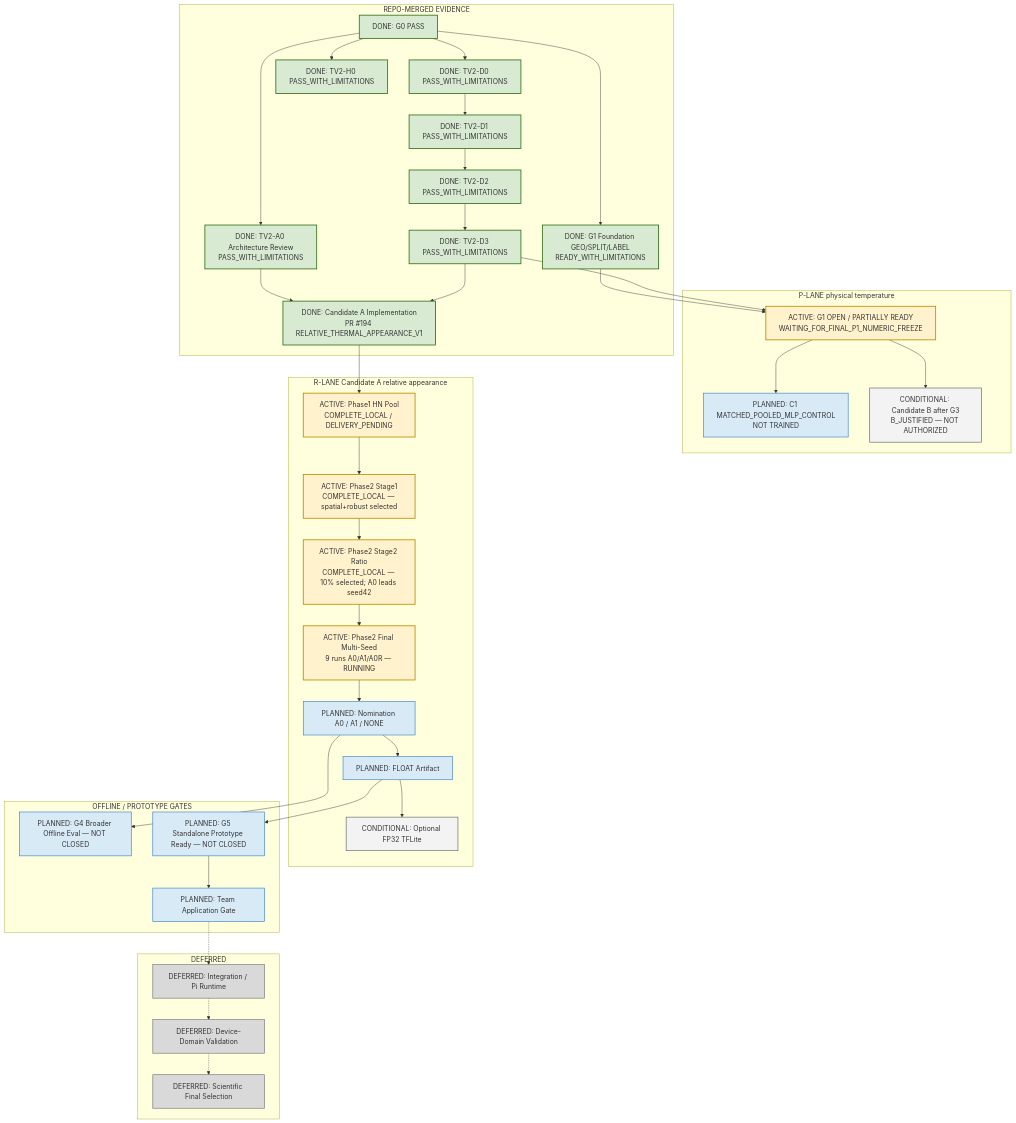
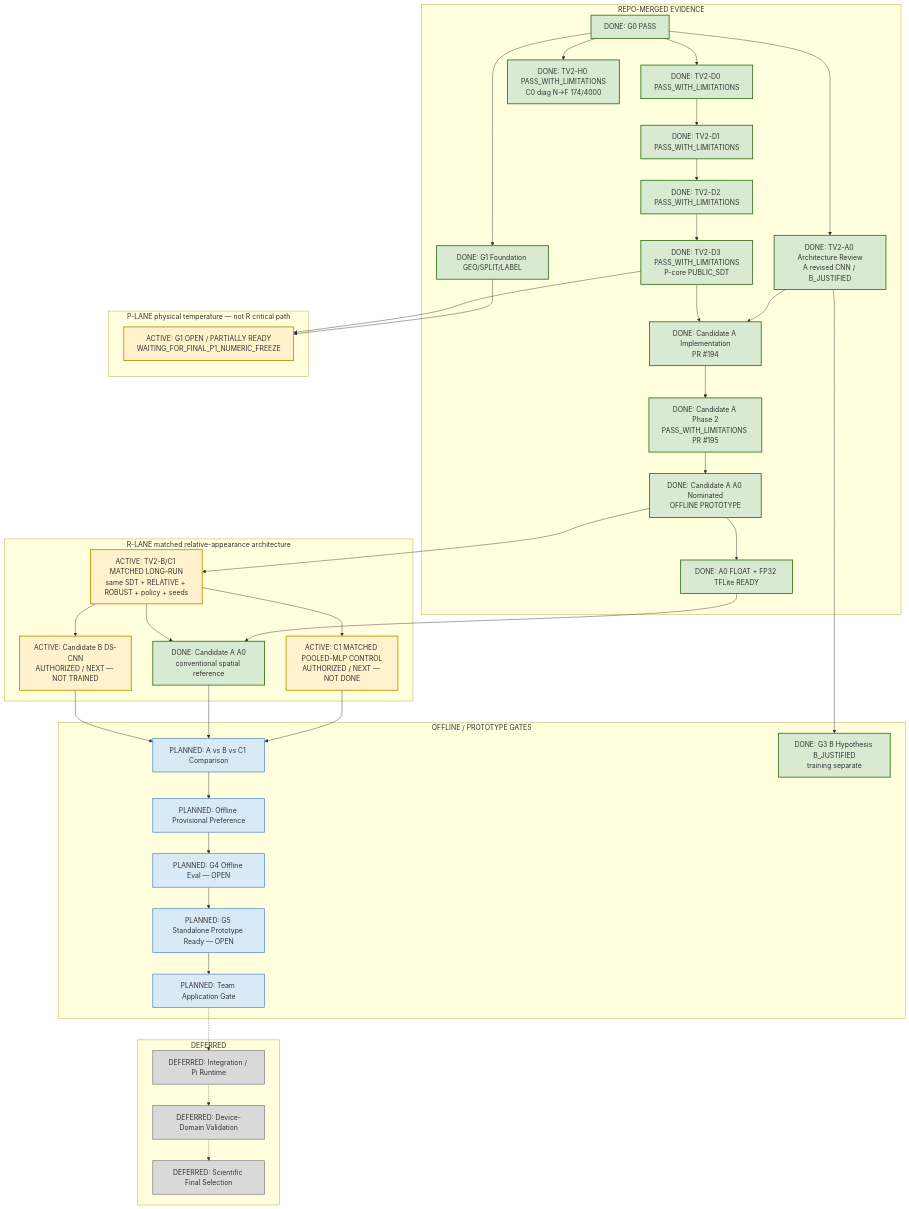
One commit to sheepmeat/test changed the diagram in docs/thermal/20260830_SafeNest_Thermal_V2_Master_Execution_Map_01.md. Above: the diagram before and after it, drawn with Mermaid. The commit also changed other lines of this file, not shown here.

Commit message:
docs(thermal): sync map after Candidate A Phase 2

````diff
--- a/docs/thermal/20260830_SafeNest_Thermal_V2_Master_Execution_Map_01.md
+++ b/docs/thermal/20260830_SafeNest_Thermal_V2_Master_Execution_Map_01.md
@@ -187,74 +173,79 @@
 ```mermaid
 flowchart TD
 
     subgraph MERGED["REPO-MERGED EVIDENCE"]
         G0["DONE: G0 PASS"]
         D0["DONE: TV2-D0 PASS_WITH_LIMITATIONS"]
-        H0["DONE: TV2-H0 PASS_WITH_LIMITATIONS"]
+        H0["DONE: TV2-H0 PASS_WITH_LIMITATIONS<br/>C0 diag N→F 174/4000"]
         D1["DONE: TV2-D1 PASS_WITH_LIMITATIONS"]
         D2["DONE: TV2-D2 PASS_WITH_LIMITATIONS"]
-        D3["DONE: TV2-D3 PASS_WITH_LIMITATIONS"]
-        A0R["DONE: TV2-A0 Architecture Review<br/>PASS_WITH_LIMITATIONS"]
-        G1F["DONE: G1 Foundation GEO/SPLIT/LABEL<br/>READY_WITH_LIMITATIONS"]
-        CAIMP["DONE: Candidate A Implementation<br/>PR #194 RELATIVE_THERMAL_APPEARANCE_V1"]
+        D3["DONE: TV2-D3 PASS_WITH_LIMITATIONS<br/>P-core PUBLIC_SDT"]
+        A0R["DONE: TV2-A0 Architecture Review<br/>A revised CNN / B_JUSTIFIED"]
+        G1F["DONE: G1 Foundation GEO/SPLIT/LABEL"]
+        CAIMP["DONE: Candidate A Implementation<br/>PR #194"]
+        CAP2["DONE: Candidate A Phase 2<br/>PASS_WITH_LIMITATIONS PR #195"]
+        CANOM["DONE: Candidate A A0 Nominated<br/>OFFLINE PROTOTYPE"]
+        CAART["DONE: A0 FLOAT + FP32 TFLite READY"]
         G0 --> D0 --> D1 --> D2 --> D3
         G0 --> H0
         G0 --> A0R
         G0 --> G1F
         A0R --> CAIMP
         D3 --> CAIMP
+        CAIMP --> CAP2 --> CANOM --> CAART
     end
 
-    subgraph PLANE["P-LANE physical temperature"]
+    subgraph PLANE["P-LANE physical temperature — not R critical path"]
         G1["ACTIVE: G1 OPEN / PARTIALLY READY<br/>WAITING_FOR_FINAL_P1_NUMERIC_FREEZE"]
-        C1["PLANNED: C1 MATCHED_POOLED_MLP_CONTROL<br/>NOT TRAINED"]
-        PB["CONDITIONAL: Candidate B after G3<br/>B_JUSTIFIED — NOT AUTHORIZED"]
         G1F --> G1
         D3 --> G1
-        G1 --> C1
-        G1 --> PB
     end
 
-    subgraph RLANE["R-LANE Candidate A relative appearance"]
-        P1L["ACTIVE: Phase1 HN Pool<br/>COMPLETE_LOCAL / DELIVERY_PENDING"]
-        S1["ACTIVE: Phase2 Stage1<br/>COMPLETE_LOCAL — spatial+robust selected"]
-        S2["ACTIVE: Phase2 Stage2 Ratio<br/>COMPLETE_LOCAL — 10% selected; A0 leads seed42"]
-        FIN["ACTIVE: Phase2 Final Multi-Seed<br/>9 runs A0/A1/A0R — RUNNING"]
-        NOM["PLANNED: Nomination A0 / A1 / NONE"]
-        FLT["PLANNED: FLOAT Artifact"]
-        TFL["CONDITIONAL: Optional FP32 TFLite"]
-        CAIMP --> P1L --> S1 --> S2 --> FIN --> NOM --> FLT --> TFL
+    subgraph RLANE["R-LANE matched relative-appearance architecture"]
+        MATCH["ACTIVE: TV2-B/C1 MATCHED LONG-RUN<br/>same SDT + RELATIVE + ROBUST + policy + seeds"]
+        C1["ACTIVE: C1 MATCHED POOLED-MLP CONTROL<br/>AUTHORIZED / NEXT — NOT DONE"]
+        CAB["DONE: Candidate A A0<br/>conventional spatial reference"]
+        CB["ACTIVE: Candidate B DS-CNN<br/>AUTHORIZED / NEXT — NOT TRAINED"]
+        CANOM --> MATCH
+        CAART --> CAB
+        MATCH --> C1
+        MATCH --> CAB
+        MATCH --> CB
     end
 
     subgraph GATES["OFFLINE / PROTOTYPE GATES"]
-        G4["PLANNED: G4 Broader Offline Eval — NOT CLOSED"]
-        G5["PLANNED: G5 Standalone Prototype Ready — NOT CLOSED"]
+        CMP["PLANNED: A vs B vs C1 Comparison"]
+        PREF["PLANNED: Offline Provisional Preference"]
+        G3["DONE: G3 B Hypothesis B_JUSTIFIED<br/>training separate"]
+        G4["PLANNED: G4 Offline Eval — OPEN"]
+        G5["PLANNED: G5 Standalone Prototype Ready — OPEN"]
         TEAM["PLANNED: Team Application Gate"]
-        NOM --> G4
-        FLT --> G5
-        G5 --> TEAM
+        A0R --> G3
+        C1 --> CMP
+        CAB --> CMP
+        CB --> CMP
+        CMP --> PREF --> G4 --> G5 --> TEAM
     end
 
     subgraph DEF["DEFERRED"]
         INT["DEFERRED: Integration / Pi Runtime"]
         DEV["DEFERRED: Device-Domain Validation"]
         FINAL["DEFERRED: Scientific Final Selection"]
     end
 
     TEAM -.-> INT
     INT -.-> DEV
     DEV -.-> FINAL
 
     classDef done fill:#D9EAD3,stroke:#38761D,stroke-width:2px;
     classDef active fill:#FFF2CC,stroke:#BF9000,stroke-width:2px;
     classDef planned fill:#D9EAF7,stroke:#3D85C6,stroke-width:1.5px;
     classDef conditional fill:#F3F3F3,stroke:#666666,stroke-width:1.5px;
     classDef blocked fill:#F4CCCC,stroke:#990000,stroke-width:2px;
     classDef deferred fill:#D9D9D9,stroke:#777777,stroke-width:1.5px;
 
-    class G0,D0,H0,D1,D2,D3,A0R,G1F,CAIMP done;
-    class G1,P1L,S1,S2,FIN active;
-    class C1,NOM,FLT,G4,G5,TEAM planned;
-    class PB,TFL conditional;
+    class G0,D0,H0,D1,D2,D3,A0R,G1F,CAIMP,CAP2,CANOM,CAART,CAB,G3 done;
+    class G1,MATCH,C1,CB active;
+    class CMP,PREF,G4,G5,TEAM planned;
     class INT,DEV,FINAL deferred;
 ```
````
